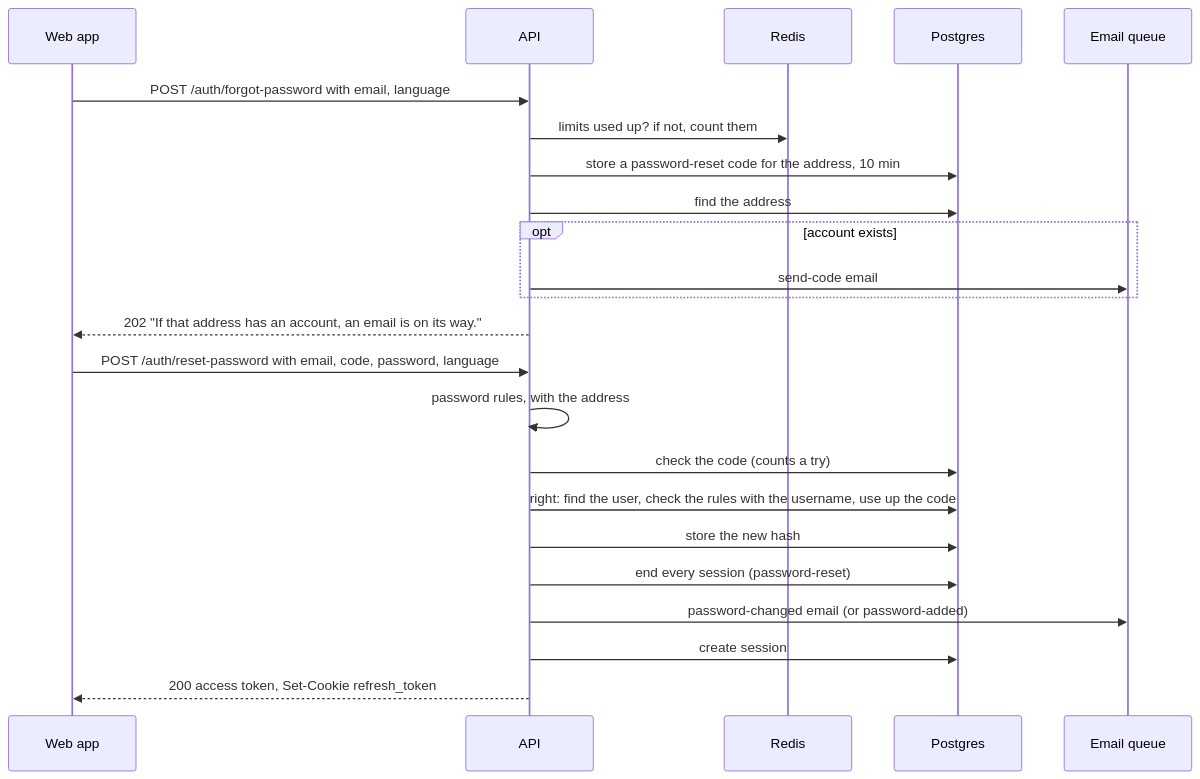
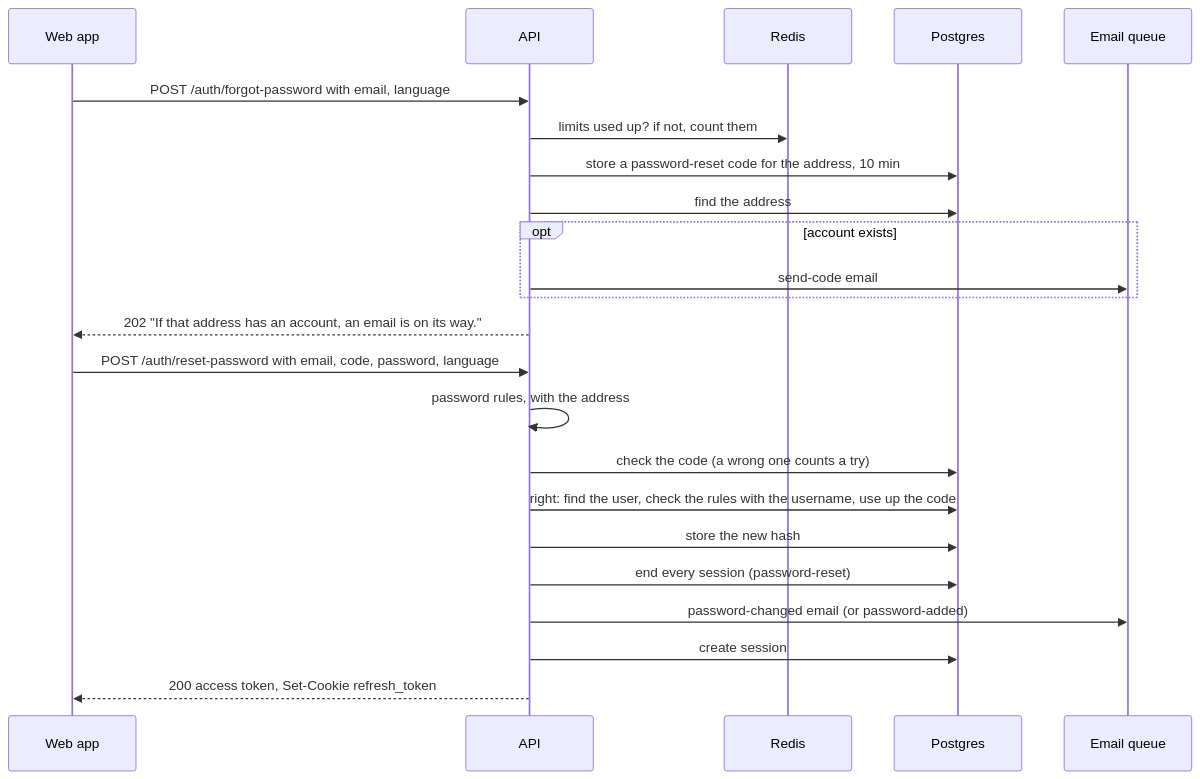
Before and after one commit to StoriuSs/NezFocus-Backend: the sixth of 10 diagrams in docs/auth/flows.md, drawn with Mermaid. The commit also changed other lines of this file and 19 other files, not shown here.

````diff
--- a/docs/auth/flows.md
+++ b/docs/auth/flows.md
@@ -295,25 +304,25 @@
 ```mermaid
 sequenceDiagram
     participant W as Web app
     participant A as API
     participant R as Redis
     participant P as Postgres
     participant Q as Email queue
     W->>A: POST /auth/forgot-password with email, language
     A->>R: limits used up? if not, count them
     A->>P: store a password-reset code for the address, 10 min
     A->>P: find the address
     opt account exists
         A->>Q: send-code email
     end
     A-->>W: 202 "If that address has an account, an email is on its way."
     W->>A: POST /auth/reset-password with email, code, password, language
     A->>A: password rules, with the address
-    A->>P: check the code (counts a try)
+    A->>P: check the code (a wrong one counts a try)
     A->>P: right: find the user, check the rules with the username, use up the code
     A->>P: store the new hash
     A->>P: end every session (password-reset)
     A->>Q: password-changed email (or password-added)
     A->>P: create session
     A-->>W: 200 access token, Set-Cookie refresh_token
 ```
````
